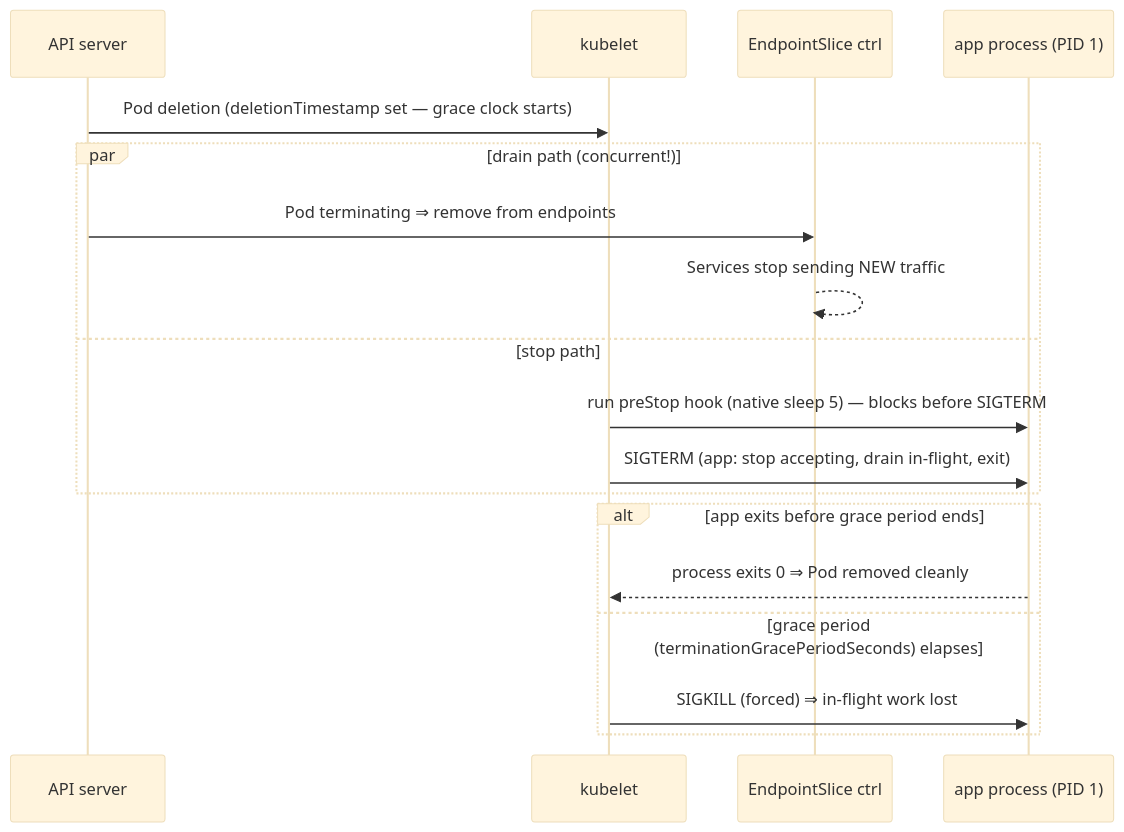
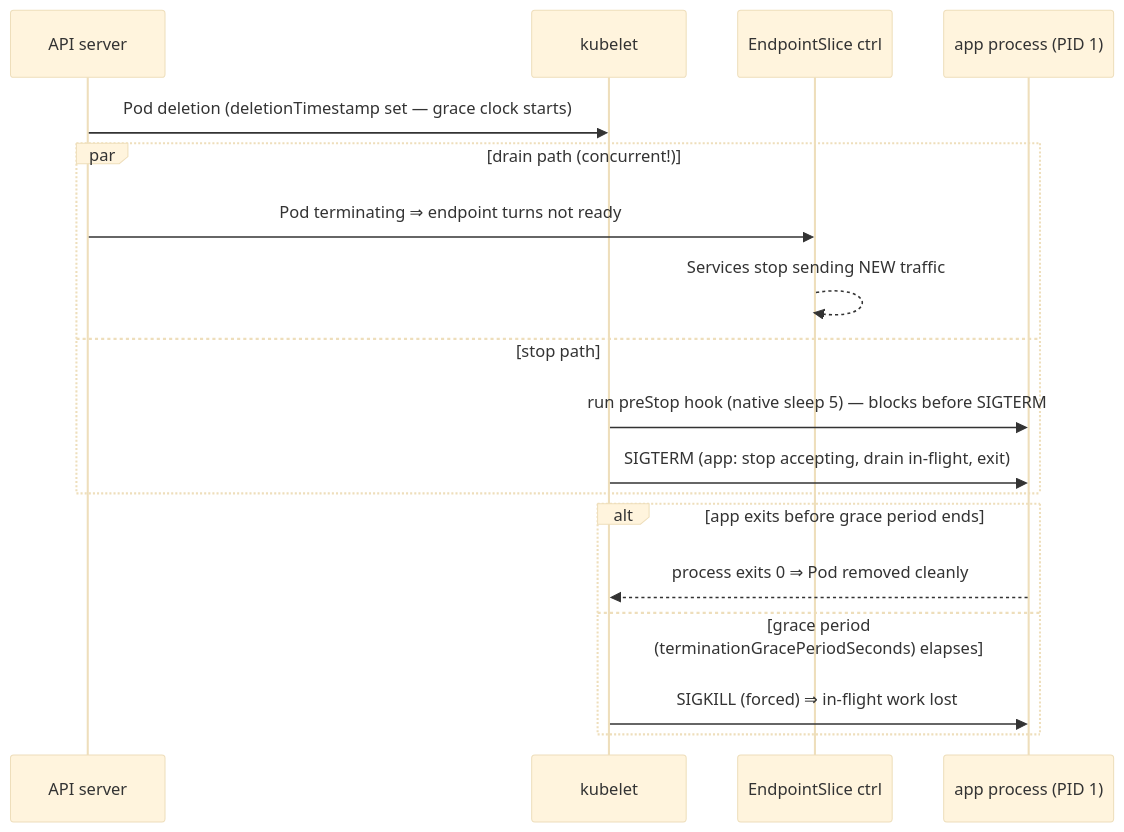
Before and after one commit to abd-ulbasit/bookstore-kubernetes-guide: the second of 2 diagrams in full-guide/01-core-workloads/02-health-and-lifecycle.md, drawn with Mermaid (base theme). The commit also changed other lines of this file, not shown here.

First line of the commit message:
Rewrite 01.02 health and lifecycle around the hardened Pod

````diff
--- a/full-guide/01-core-workloads/02-health-and-lifecycle.md
+++ b/full-guide/01-core-workloads/02-health-and-lifecycle.md
@@ -89,21 +101,21 @@
 ```mermaid
 sequenceDiagram
     participant API as API server
     participant K as kubelet
     participant EP as EndpointSlice ctrl
     participant App as app process (PID 1)
 
     API->>K: Pod deletion (deletionTimestamp set — grace clock starts)
     par drain path (concurrent!)
-        API->>EP: Pod terminating ⇒ remove from endpoints
+        API->>EP: Pod terminating ⇒ endpoint turns not ready
         EP-->>EP: Services stop sending NEW traffic
     and stop path
         K->>App: run preStop hook (native sleep 5) — blocks before SIGTERM
         K->>App: SIGTERM  (app: stop accepting, drain in-flight, exit)
     end
     alt app exits before grace period ends
         App-->>K: process exits 0  ⇒ Pod removed cleanly
     else grace period (terminationGracePeriodSeconds) elapses
         K->>App: SIGKILL (forced) ⇒ in-flight work lost
     end
 ```
````
